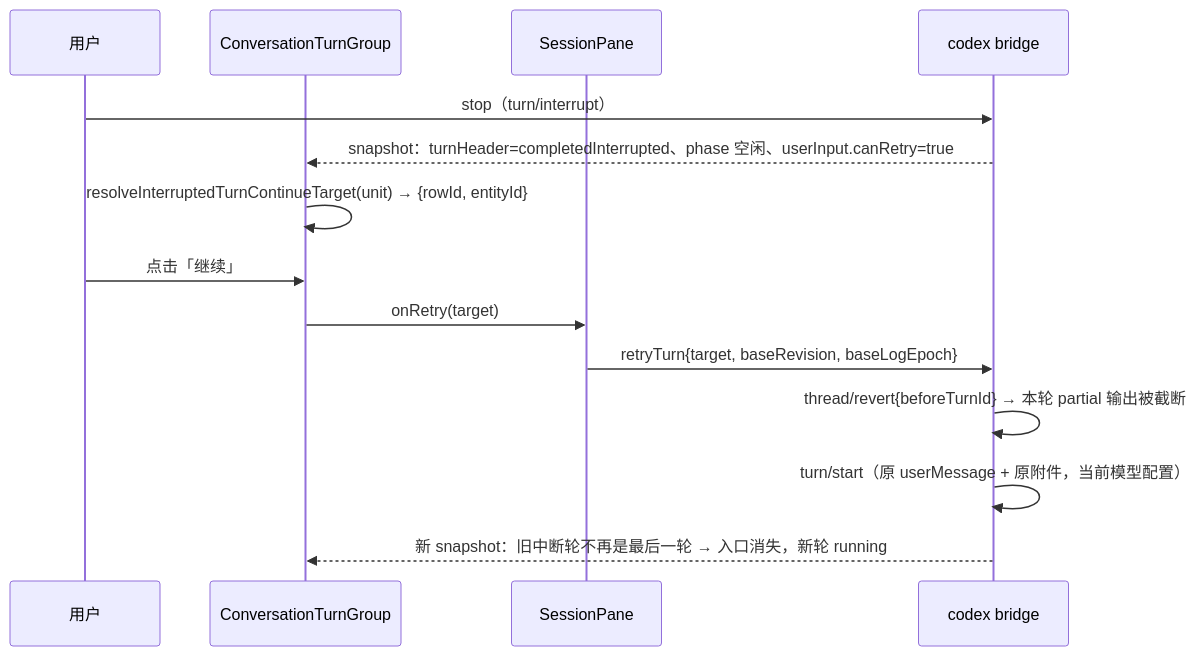
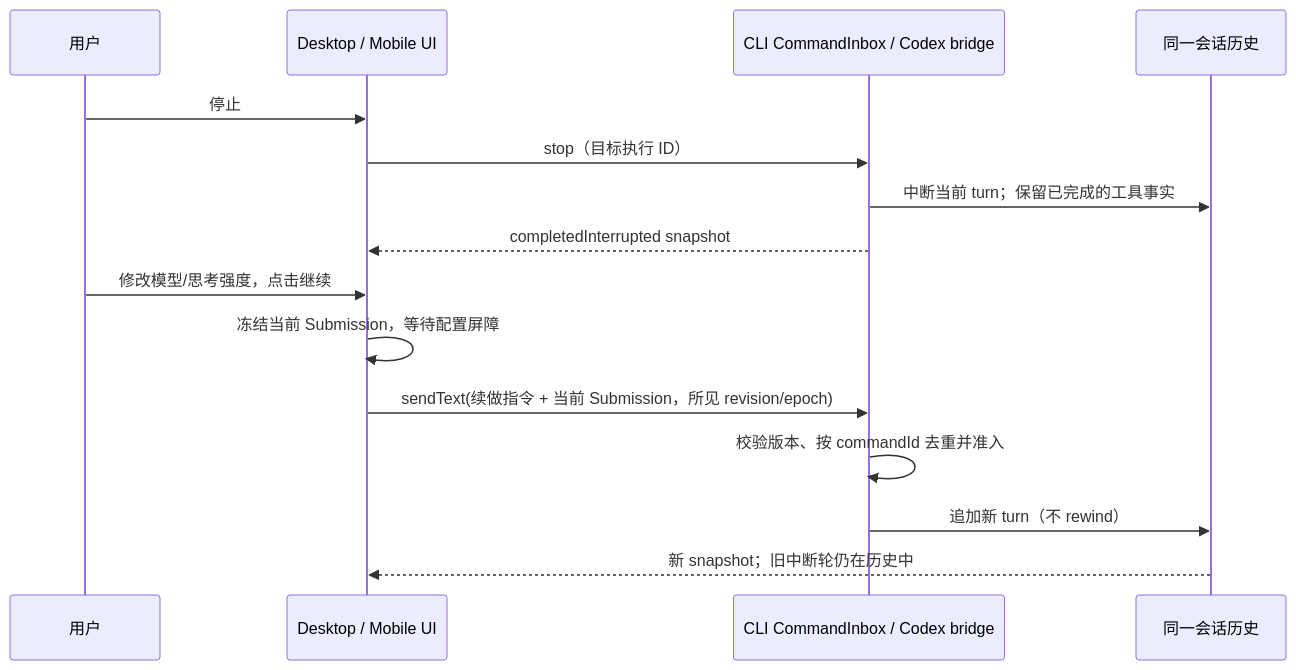
The diagram in specs/codex-desktop-interrupted-turn-continue.md (KingingWang/Codez), drawn with Mermaid before and after one commit. The commit also changed other lines of this file and 13 other files, not shown here.

Commit message:
fix: preserve interrupted turn context on continue

````diff
--- a/specs/codex-desktop-interrupted-turn-continue.md
+++ b/specs/codex-desktop-interrupted-turn-continue.md
@@ -63,16 +18,17 @@
 ```mermaid
 sequenceDiagram
   participant U as 用户
-  participant TG as ConversationTurnGroup
-  participant SP as SessionPane
-  participant BR as codex bridge
-  U->>BR: stop（turn/interrupt）
-  BR-->>TG: snapshot：turnHeader=completedInterrupted、phase 空闲、userInput.canRetry=true
-  TG->>TG: resolveInterruptedTurnContinueTarget(unit) → {rowId, entityId}
-  U->>TG: 点击「继续」
-  TG->>SP: onRetry(target)
-  SP->>BR: retryTurn{target, baseRevision, baseLogEpoch}
-  BR->>BR: thread/revert{beforeTurnId} → 本轮 partial 输出被截断
-  BR->>BR: turn/start（原 userMessage + 原附件，当前模型配置）
-  BR-->>TG: 新 snapshot：旧中断轮不再是最后一轮 → 入口消失，新轮 running
+  participant UI as Desktop / Mobile UI
+  participant O as CLI CommandInbox / Codex bridge
+  participant H as 同一会话历史
+  U->>UI: 停止
+  UI->>O: stop（目标执行 ID）
+  O->>H: 中断当前 turn；保留已完成的工具事实
+  O-->>UI: completedInterrupted snapshot
+  U->>UI: 修改模型/思考强度，点击继续
+  UI->>UI: 冻结当前 Submission，等待配置屏障
+  UI->>O: sendText(续做指令 + 当前 Submission，所见 revision/epoch)
+  O->>O: 校验版本、按 commandId 去重并准入
+  O->>H: 追加新 turn（不 rewind）
+  H-->>UI: 新 snapshot；旧中断轮仍在历史中
 ```
````
